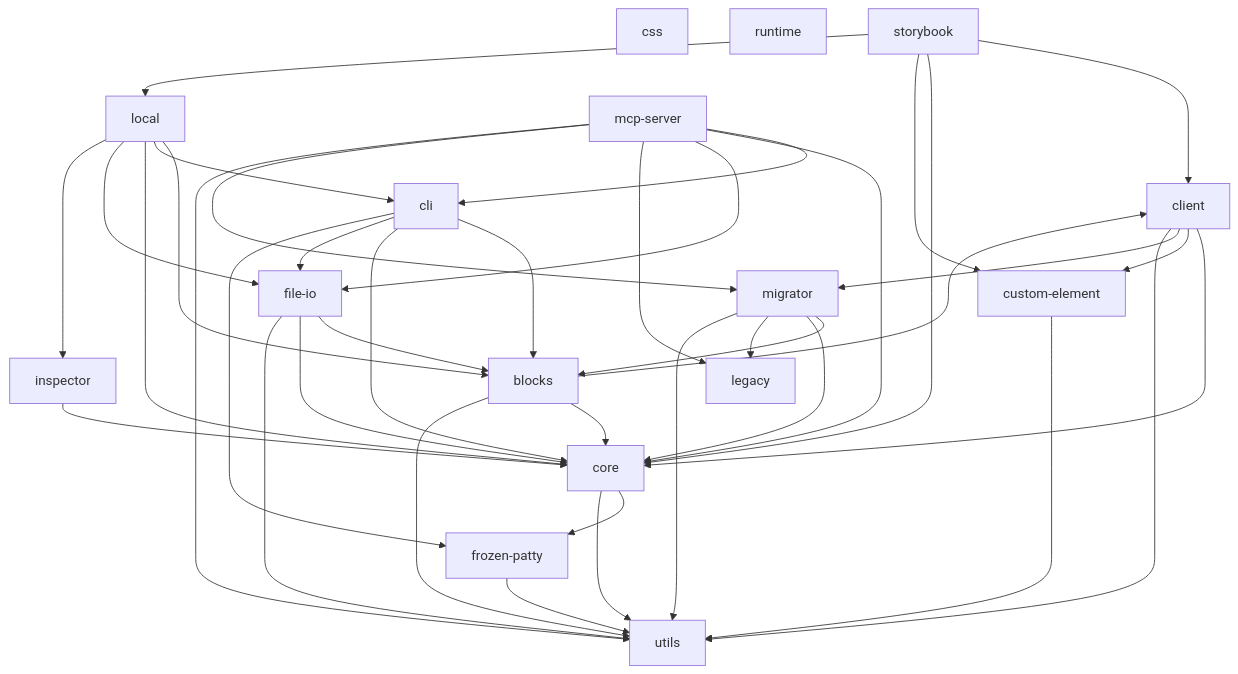
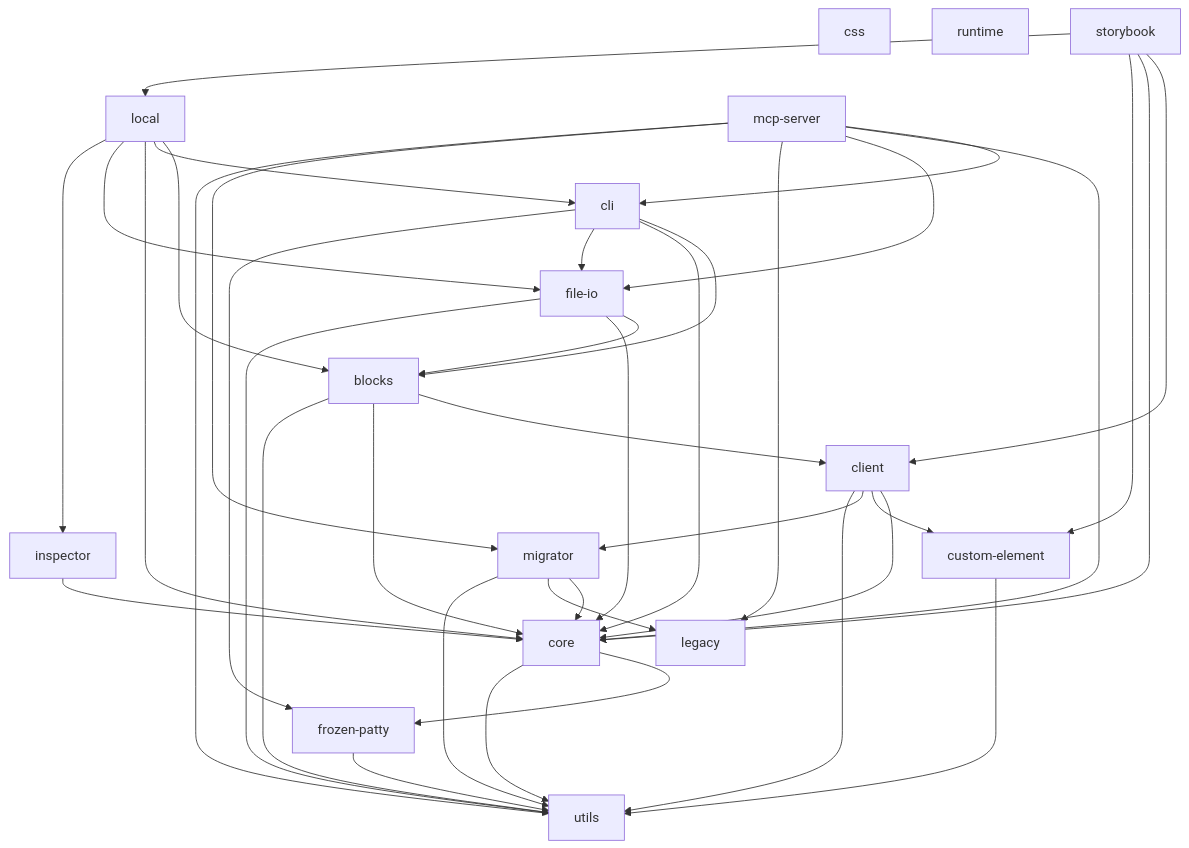
Before and after one commit to d-zero-dev/BurgerEditor: the diagram in ARCHITECTURE.md, drawn with Mermaid. The commit also changed other lines of this file and 3 other files, not shown here.

First line of the commit message:
fix(migrator): drop the unused dependency on blocks

````diff
--- a/ARCHITECTURE.md
+++ b/ARCHITECTURE.md
@@ -11,60 +11,59 @@
 ```mermaid
 graph TD
     %% A --> B は「A が B に依存する」（dependencies / peerDependencies）。
     %% 正は各 package.json。yarn verify:architecture-graph が CI で突き合わせる
     utils["utils"]
     frozenpatty["frozen-patty"]
     core["core"]
     customelement["custom-element"]
     client["client"]
     blocks["blocks"]
     migrator["migrator"]
     legacy["legacy"]
     inspector["inspector"]
     fileio["file-io"]
     cli["cli"]
     local["local"]
     mcpserver["mcp-server"]
     css["css"]
     runtime["runtime"]
     storybook["storybook"]
 
     frozenpatty --> utils
     core --> frozenpatty
     core --> utils
     customelement --> utils
     client --> core
     client --> customelement
     client --> migrator
     client --> utils
     blocks --> client
     blocks --> core
     blocks --> utils
-    migrator --> blocks
     migrator --> core
     migrator --> legacy
     migrator --> utils
     inspector --> core
     fileio --> blocks
     fileio --> core
     fileio --> utils
     cli --> blocks
     cli --> core
     cli --> fileio
     cli --> frozenpatty
     local --> blocks
     local --> cli
     local --> core
     local --> fileio
     local --> inspector
     mcpserver --> cli
     mcpserver --> core
     mcpserver --> fileio
     mcpserver --> legacy
     mcpserver --> migrator
     mcpserver --> utils
     storybook --> client
     storybook --> core
     storybook --> customelement
     storybook --> local
 ```
````
